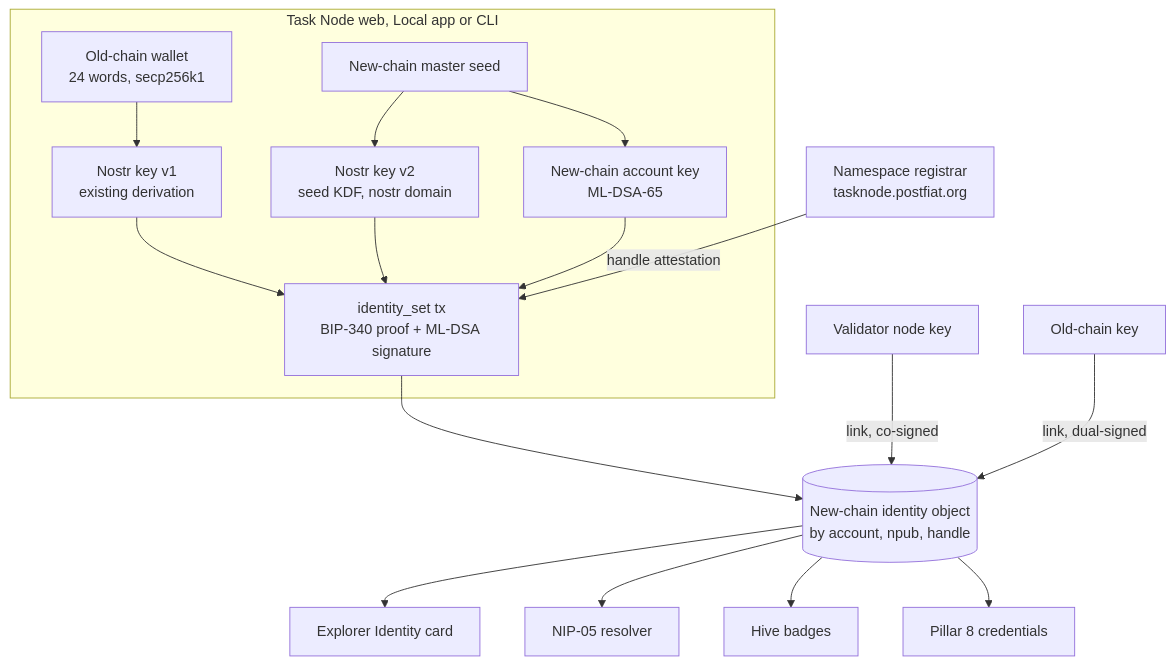
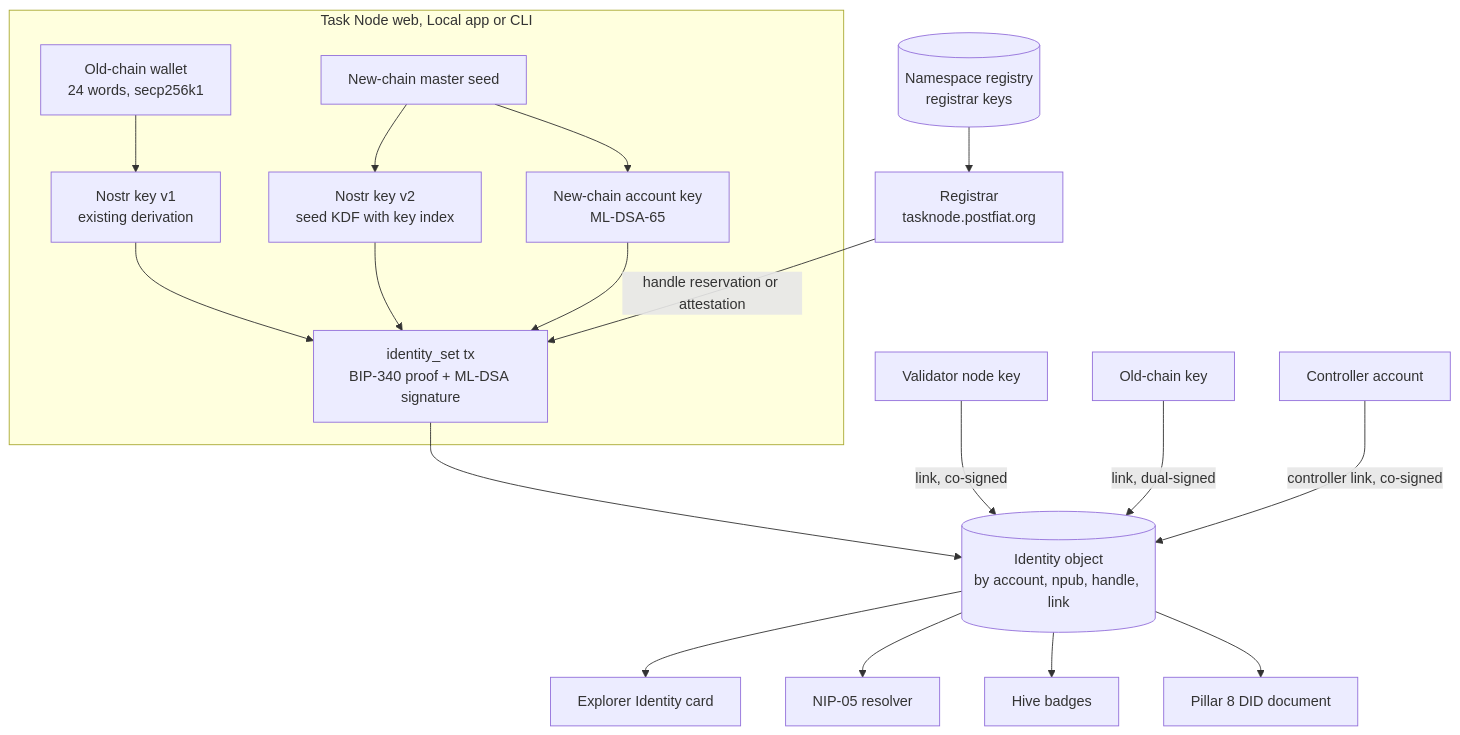
One commit to postfiatorg/postfiatl1v2 changed the diagram in big_milestone/pillars/06-hive-identity.md. Above: the diagram before and after it, drawn with Mermaid. The commit also changed other lines of this file and 22 other files, not shown here.

````diff
--- a/big_milestone/pillars/06-hive-identity.md
+++ b/big_milestone/pillars/06-hive-identity.md
@@ -51,19 +50,21 @@
 ```mermaid
 flowchart TB
     subgraph C ["Task Node web, Local app or CLI"]
       OLD["Old-chain wallet<br/>24 words, secp256k1"] --> V1["Nostr key v1<br/>existing derivation"]
       SEED["New-chain master seed"] --> ACC["New-chain account key<br/>ML-DSA-65"]
-      SEED --> V2["Nostr key v2<br/>seed KDF, nostr domain"]
+      SEED --> V2["Nostr key v2<br/>seed KDF with key index"]
       V1 --> TX["identity_set tx<br/>BIP-340 proof + ML-DSA signature"]
       V2 --> TX
       ACC --> TX
     end
-    REG["Namespace registrar<br/>tasknode.postfiat.org"] -- "handle attestation" --> TX
-    TX --> L[("New-chain identity object<br/>by account, npub, handle")]
+    NR[("Namespace registry<br/>registrar keys")] --> REG["Registrar<br/>tasknode.postfiat.org"]
+    REG -- "handle reservation or attestation" --> TX
+    TX --> L[("Identity object<br/>by account, npub, handle, link")]
     VAL["Validator node key"] -- "link, co-signed" --> L
     OC["Old-chain key"] -- "link, dual-signed" --> L
+    CTRL["Controller account"] -- "controller link, co-signed" --> L
     L --> E["Explorer Identity card"]
     L --> NIP["NIP-05 resolver"]
     L --> HV["Hive badges"]
-    L --> P8["Pillar 8 credentials"]
+    L --> P8["Pillar 8 DID document"]
 ```
````
